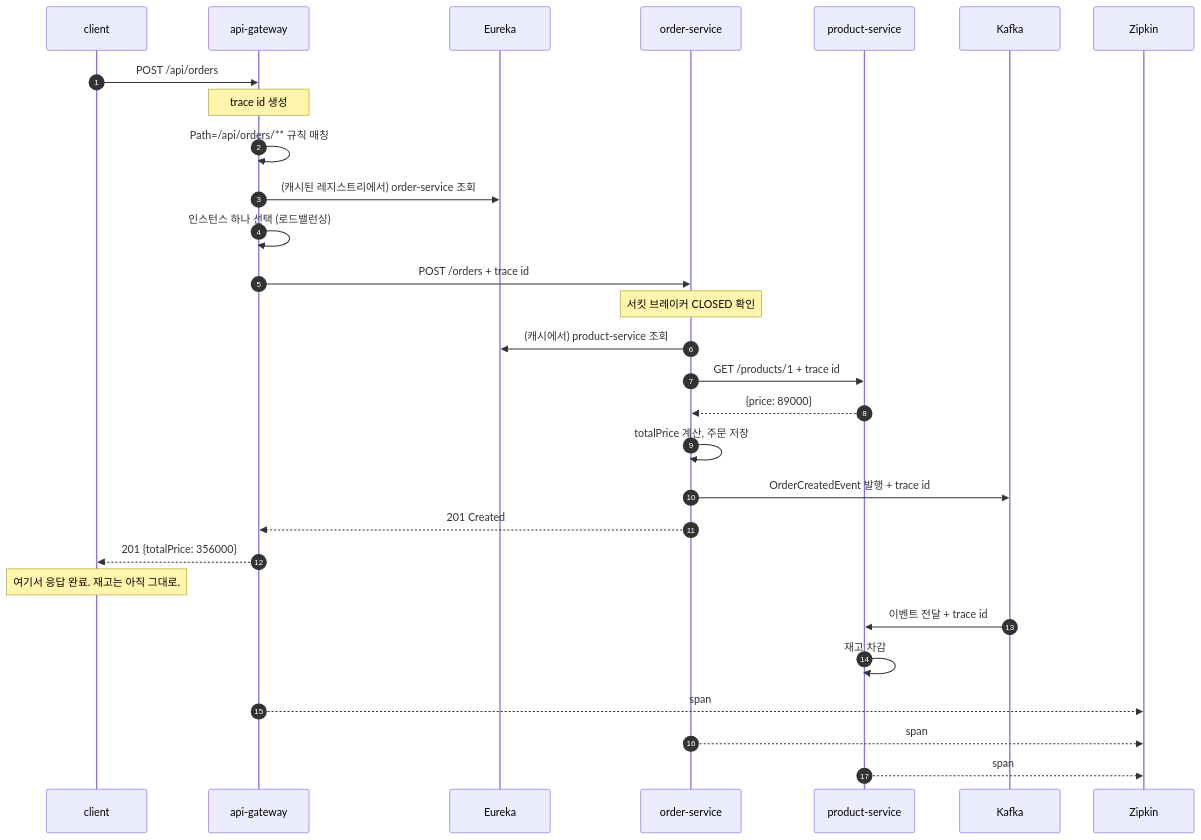
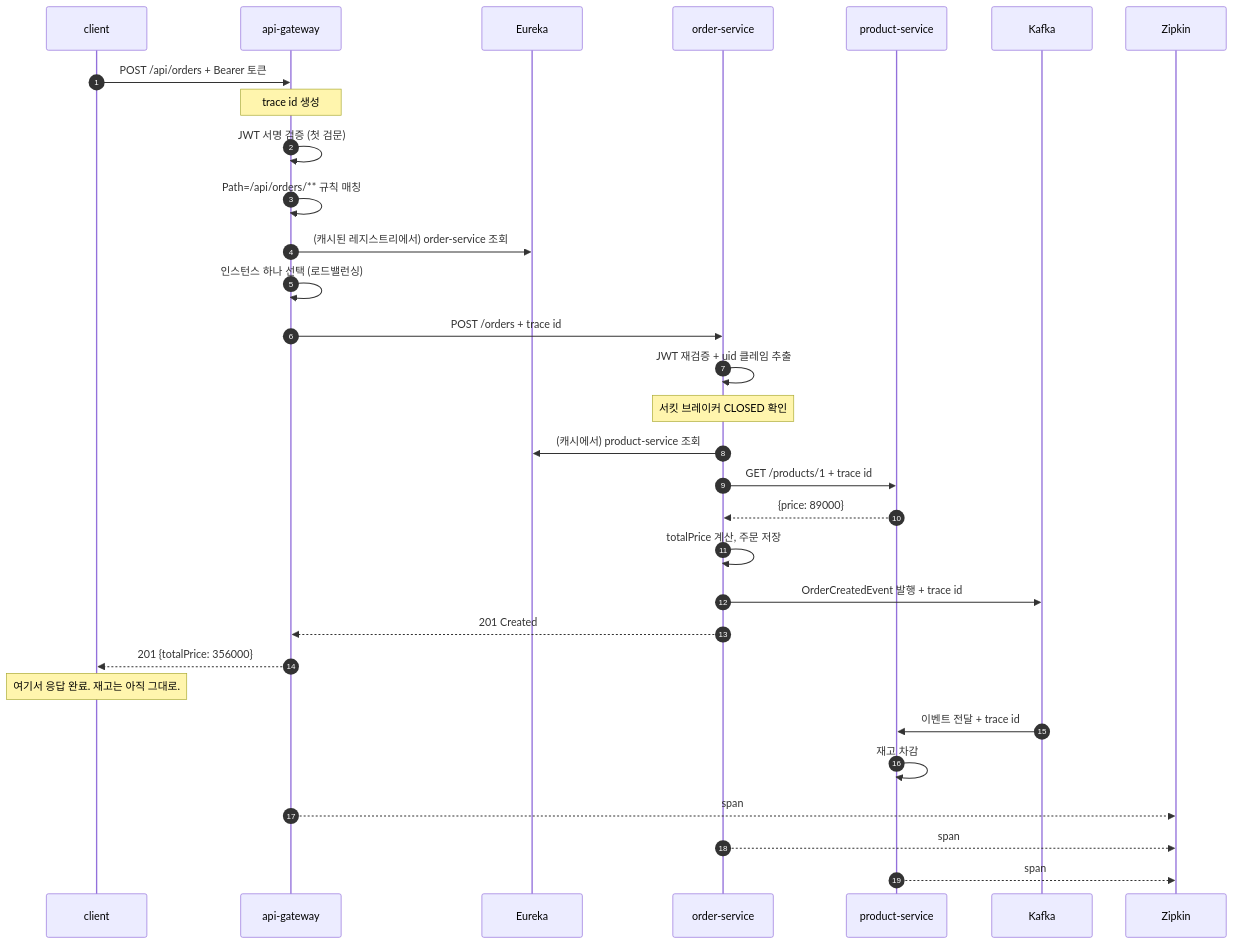
Before and after one commit to Jin-dev92/springboot-simple-msa: diagram 16 of 16 in docs/msa-learning-note.md, drawn with Mermaid. The commit also changed other lines of this file and 27 other files, not shown here.

````diff
--- a/docs/msa-learning-note.md
+++ b/docs/msa-learning-note.md
@@ -588,38 +765,40 @@
 ```mermaid
 sequenceDiagram
     autonumber
     participant C as client
     participant G as api-gateway
     participant E as Eureka
     participant O as order-service
     participant P as product-service
     participant K as Kafka
     participant Z as Zipkin
 
-    C->>G: POST /api/orders
+    C->>G: POST /api/orders + Bearer 토큰
     Note over G: trace id 생성
+    G->>G: JWT 서명 검증 (첫 검문)
 
     G->>G: Path=/api/orders/** 규칙 매칭
     G->>E: (캐시된 레지스트리에서) order-service 조회
     G->>G: 인스턴스 하나 선택 (로드밸런싱)
     G->>O: POST /orders + trace id
 
+    O->>O: JWT 재검증 + uid 클레임 추출
     Note over O: 서킷 브레이커 CLOSED 확인
     O->>E: (캐시에서) product-service 조회
     O->>P: GET /products/1 + trace id
     P-->>O: {price: 89000}
 
     O->>O: totalPrice 계산, 주문 저장
     O->>K: OrderCreatedEvent 발행 + trace id
     O-->>G: 201 Created
     G-->>C: 201 {totalPrice: 356000}
 
     Note over C: 여기서 응답 완료. 재고는 아직 그대로.
 
     K->>P: 이벤트 전달 + trace id
     P->>P: 재고 차감
 
     G-->>Z: span
     O-->>Z: span
     P-->>Z: span
 ```
````
